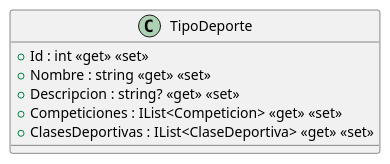
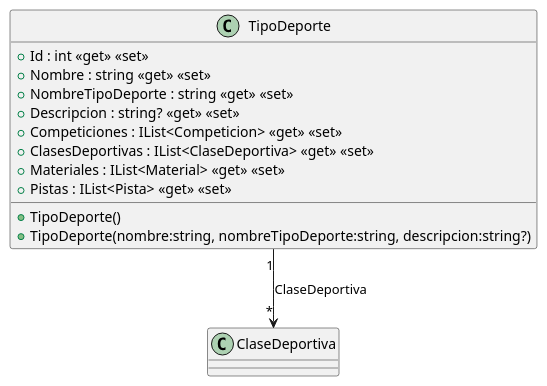
Before and after one commit to ISII26-27RJD/ISII2627-RDJ: the diagram in src/AppForSEII.API/ClassDiagram/TipoDeporte.puml, drawn with PlantUML. The commit also changed 21 other files, not shown here.

```diff
--- a/src/AppForSEII.API/ClassDiagram/TipoDeporte.puml
+++ b/src/AppForSEII.API/ClassDiagram/TipoDeporte.puml
@@ -1,9 +1,16 @@
 @startuml
 class TipoDeporte {
+    + TipoDeporte()
+    + TipoDeporte(nombre:string, nombreTipoDeporte:string, descripcion:string?)
     + Id : int <<get>> <<set>>
     + Nombre : string <<get>> <<set>>
+    + NombreTipoDeporte : string <<get>> <<set>>
     + Descripcion : string? <<get>> <<set>>
     + Competiciones : IList<Competicion> <<get>> <<set>>
     + ClasesDeportivas : IList<ClaseDeportiva> <<get>> <<set>>
+    + Materiales : IList<Material> <<get>> <<set>>
+    + Pistas : IList<Pista> <<get>> <<set>>
 }
+TipoDeporte "1" --> "*" ClaseDeportiva : ClaseDeportiva
+
 @enduml
```
